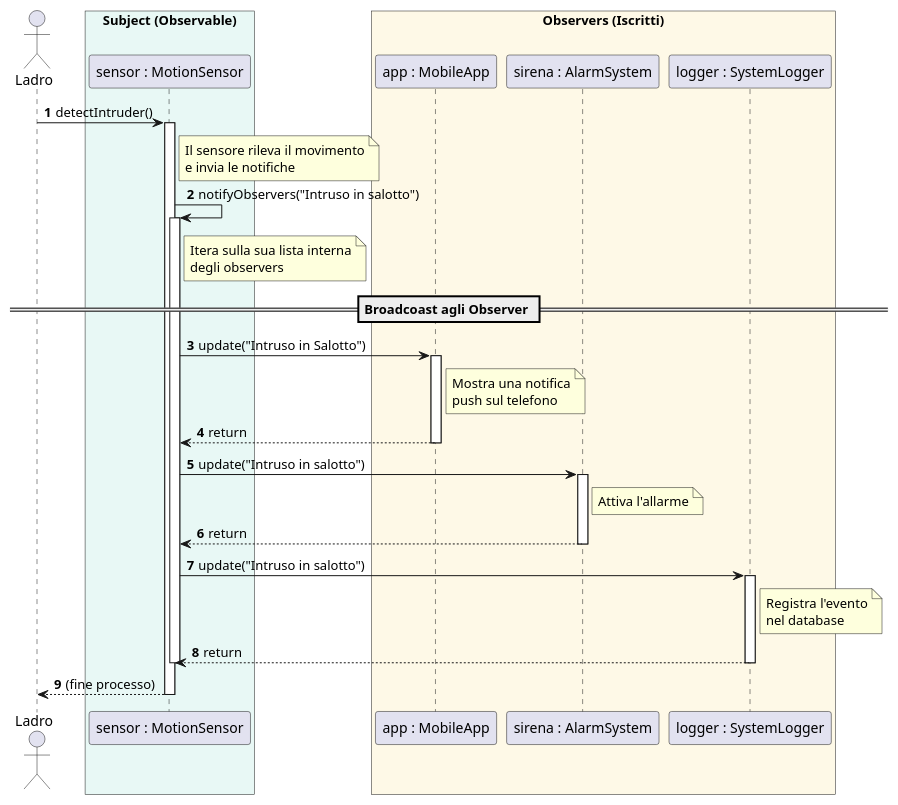
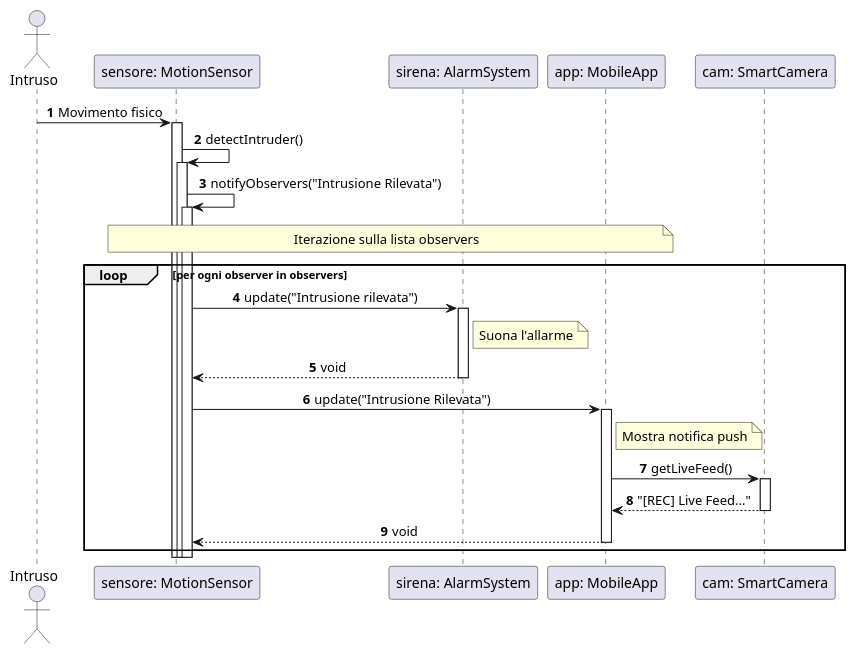
One commit to AndreaDiPietro0/SmartHomeSWE changed the diagram in uml/sequence_observer.puml. Above: the diagram before and after it, drawn with PlantUML. The commit also changed 28 other files, not shown here.

Commit message:
nuova logica, nuovi diagrammi, modifiche finali

```diff
--- a/uml/sequence_observer.puml
+++ b/uml/sequence_observer.puml
@@ -1,47 +1,46 @@
 @startuml
 autonumber
-actor "Ladro" as Ladro
+skinparam sequenceMessageAlign center
 
-box "Subject (Observable)" #E8F8F5
-participant "sensor : MotionSensor" as Sensor
-end box
+actor "Intruso" as Intruso
+participant "sensore: MotionSensor" as Sensore
+participant "sirena: AlarmSystem" as Sirena
+participant "app: MobileApp" as App
+participant "cam: SmartCamera" as Cam
 
-box "Observers (Iscritti)" #FEF9E7
-participant "app : MobileApp" as App
-participant "sirena : AlarmSystem" as Sirena
-participant "logger : SystemLogger" as Logger
-end box
+Intruso -> Sensore : Movimento fisico
+activate Sensore
 
-Ladro -> Sensor : detectIntruder()
-activate Sensor
-note right of Sensor: Il sensore rileva il movimento\ne invia le notifiche
+Sensore -> Sensore : detectIntruder()
+activate Sensore
 
-Sensor -> Sensor : notifyObservers("Intruso in salotto")
-activate Sensor
-note right of Sensor: Itera sulla sua lista interna\ndegli observers
+Sensore -> Sensore : notifyObservers("Intrusione Rilevata")
+activate Sensore
 
-== Broadcoast agli Observer ==
+note over Sensore, App : Iterazione sulla lista observers
+loop per ogni observer in observers
 
-Sensor -> App : update("Intruso in Salotto")
-activate App
-note right of App: Mostra una notifica\npush sul telefono
-App --> Sensor : return
-deactivate App
+    Sensore -> Sirena : update("Intrusione rilevata")
+    activate Sirena
+    note right of Sirena : Suona l'allarme
+    Sirena --> Sensore : void
+    deactivate Sirena
 
-Sensor -> Sirena : update("Intruso in salotto")
-activate Sirena
-note right of Sirena: Attiva l'allarme
-Sirena --> Sensor : return
-deactivate Sirena
+    Sensore -> App : update("Intrusione Rilevata")
+    activate App
+    note right of App : Mostra notifica push
 
-Sensor -> Logger : update("Intruso in salotto")
-activate Logger
-note right of Logger: Registra l'evento\nnel database
-Logger --> Sensor : return
-deactivate Logger
+    App -> Cam : getLiveFeed()
+    activate Cam
+    Cam --> App : "[REC] Live Feed..."
+    deactivate Cam
 
-deactivate Sensor
-Sensor --> Ladro : (fine processo)
-deactivate Sensor
+    App --> Sensore : void
+    deactivate App
+end
+
+deactivate Sensore
+deactivate Sensore
+deactivate Sensore
 
 @enduml
```
